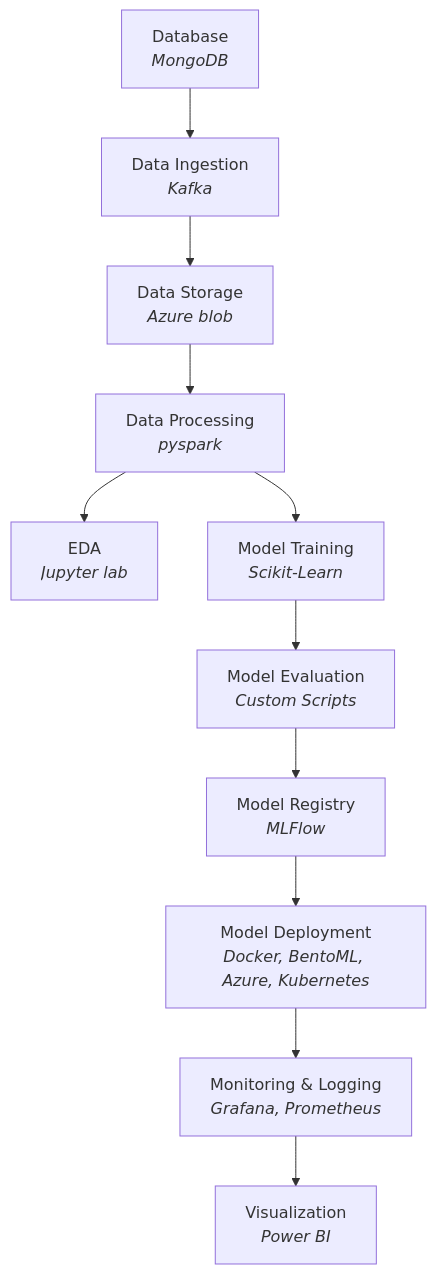
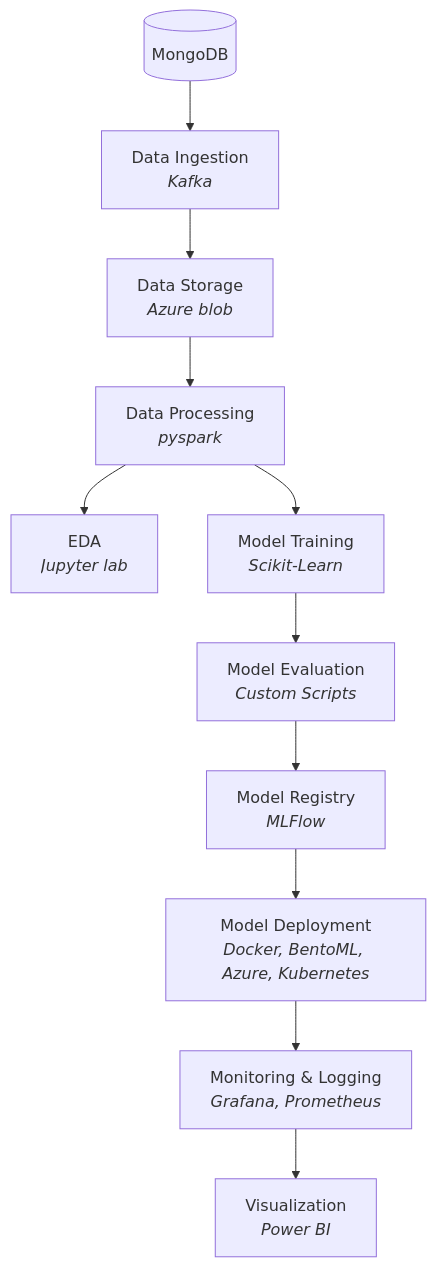
Before and after one commit to lintosunny/Credit-Card-Fraud-Detection-Using-Machine-Learning: the diagram in README.md, drawn with Mermaid.

````diff
--- a/README.md
+++ b/README.md
@@ -17,24 +17,23 @@
 ```mermaid
 flowchart TD
-    A["`Database
-    _MongoDB_`"] --> B["`Data Ingestion
+    A[(MongoDB)] --> B["`Data Ingestion
     _Kafka_`"]
     B --> C["`Data Storage
     _Azure blob_`"]
     C --> D["`Data Processing
     _pyspark_`"]
     D --> E["`EDA
     _Jupyter lab_`"]
     D --> F["`Model Training
     _Scikit-Learn_`"]
     F --> G["`Model Evaluation
     _Custom Scripts_`"]
     G --> H["`Model Registry
     _MLFlow_`"]
     H --> I["`Model Deployment
     _Docker, BentoML, Azure, Kubernetes_`"]
     I --> J["`Monitoring & Logging
     _Grafana, Prometheus_`"]
     J --> K["`Visualization
     _Power BI_`"]
 ```
````
